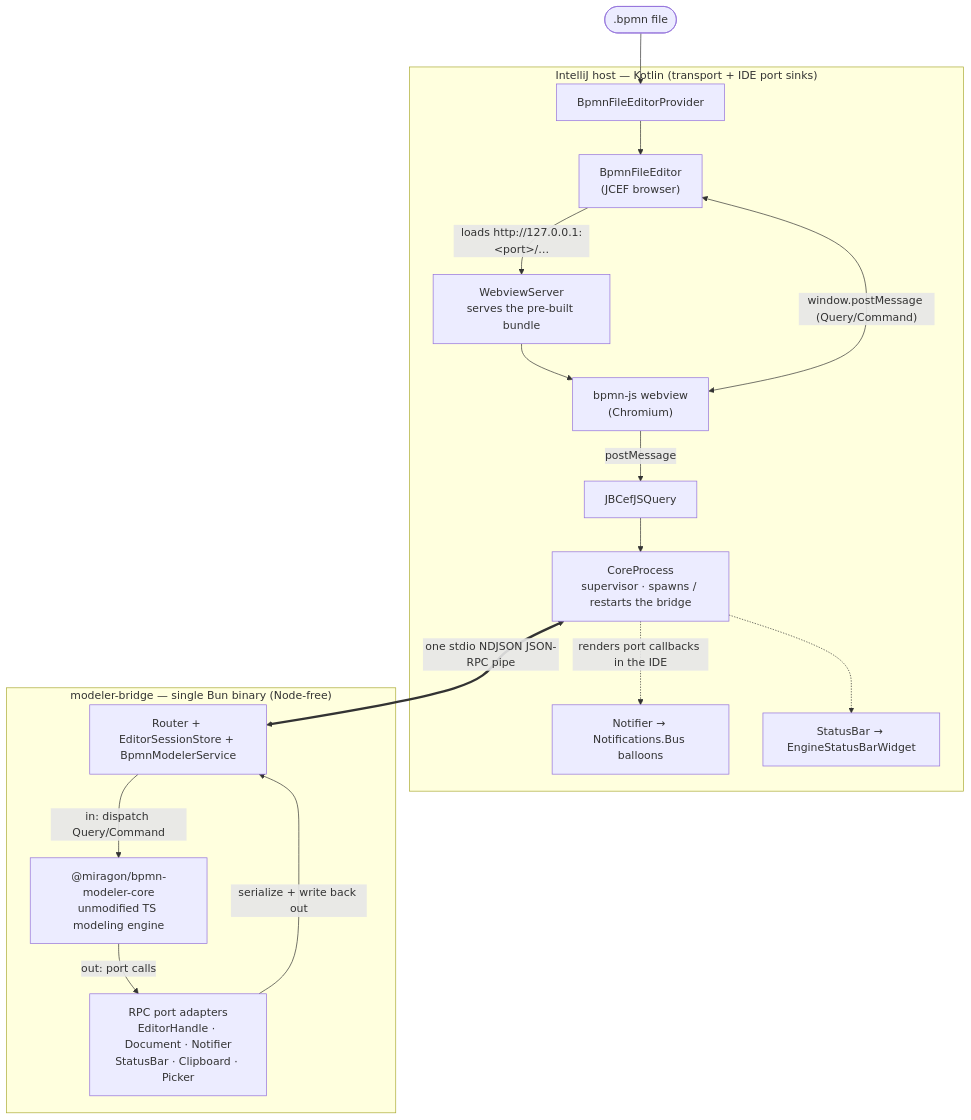
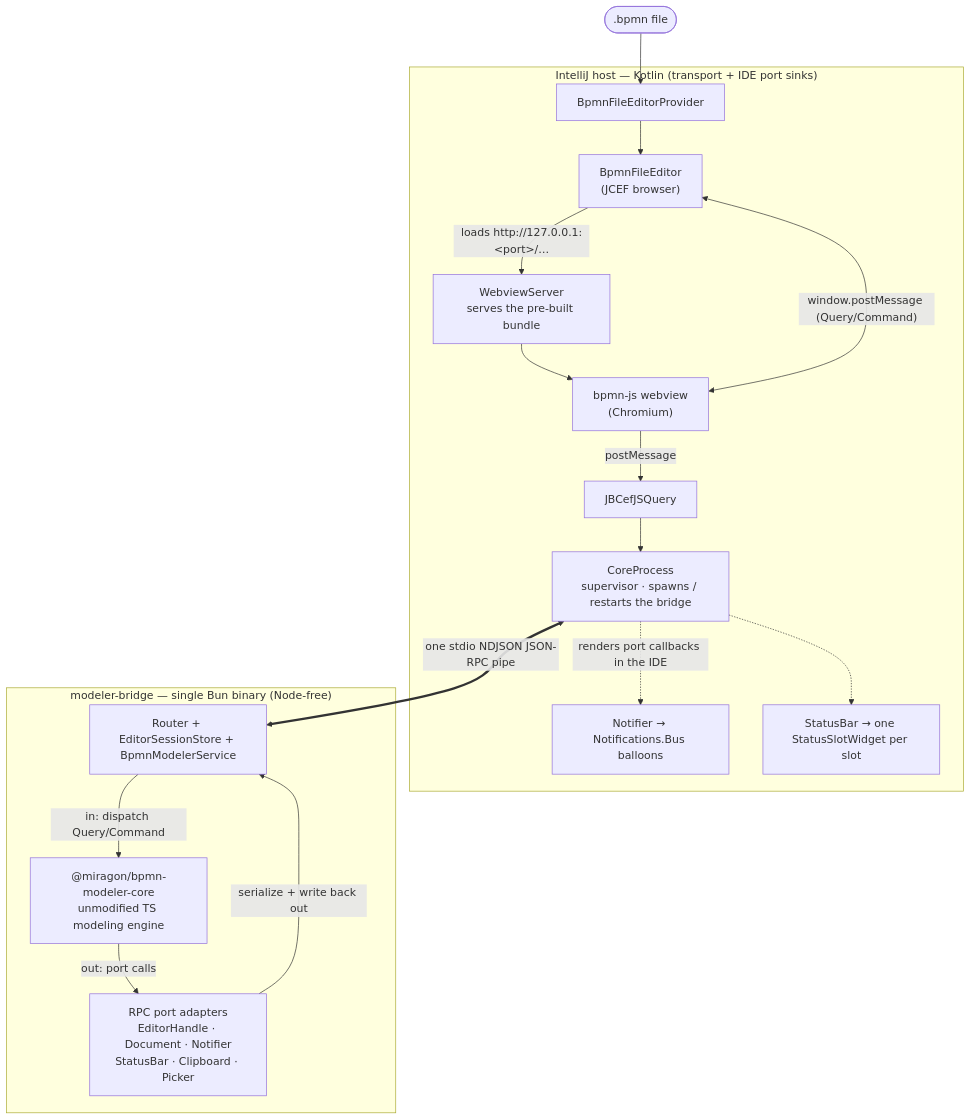
The diagram in apps/intellij-plugin/README.md (Miragon/bpmn-modeler), drawn with Mermaid before and after one commit. The commit also changed other lines of this file and 35 other files, not shown here.

````diff
--- a/apps/intellij-plugin/README.md
+++ b/apps/intellij-plugin/README.md
@@ -15,34 +15,34 @@
 ```mermaid
 flowchart TD
     file([".bpmn file"])
 
     subgraph host["IntelliJ host — Kotlin (transport + IDE port sinks)"]
         provider["BpmnFileEditorProvider"]
         editor["BpmnFileEditor<br/>(JCEF browser)"]
         server["WebviewServer<br/>serves the pre-built bundle"]
         webview["bpmn-js webview<br/>(Chromium)"]
         jsquery["JBCefJSQuery"]
         supervisor["CoreProcess<br/>supervisor · spawns / restarts the bridge"]
         notifier["Notifier → Notifications.Bus balloons"]
-        statusbar["StatusBar → EngineStatusBarWidget"]
+        statusbar["StatusBar → one StatusSlotWidget per slot"]
     end
 
     file --> provider --> editor
     editor -->|"loads http://127.0.0.1:&lt;port&gt;/…"| server
     server --> webview
     webview <-->|"window.postMessage (Query/Command)"| editor
     webview -->|"postMessage"| jsquery --> supervisor
 
     subgraph bridge["modeler-bridge — single Bun binary (Node-free)"]
         router["Router + EditorSessionStore + BpmnModelerService"]
         engine["@miragon/bpmn-modeler-core<br/>unmodified TS modeling engine"]
         ports["RPC port adapters<br/>EditorHandle · Document · Notifier<br/>StatusBar · Clipboard · Picker"]
         router -->|"in: dispatch Query/Command"| engine
         engine -->|"out: port calls"| ports
         ports -->|"serialize + write back out"| router
     end
 
     supervisor <==>|"one stdio NDJSON JSON-RPC pipe"| router
     supervisor -.->|"renders port callbacks in the IDE"| notifier
     supervisor -.-> statusbar
 ```
````
